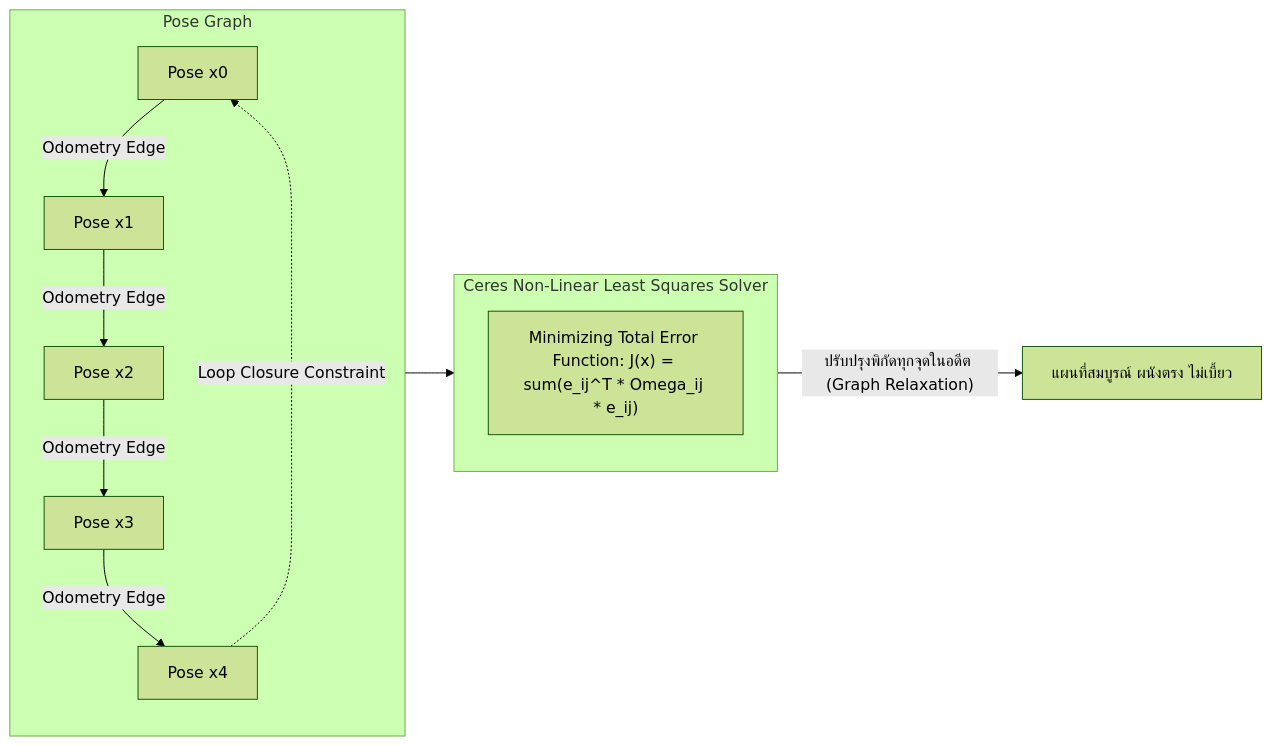
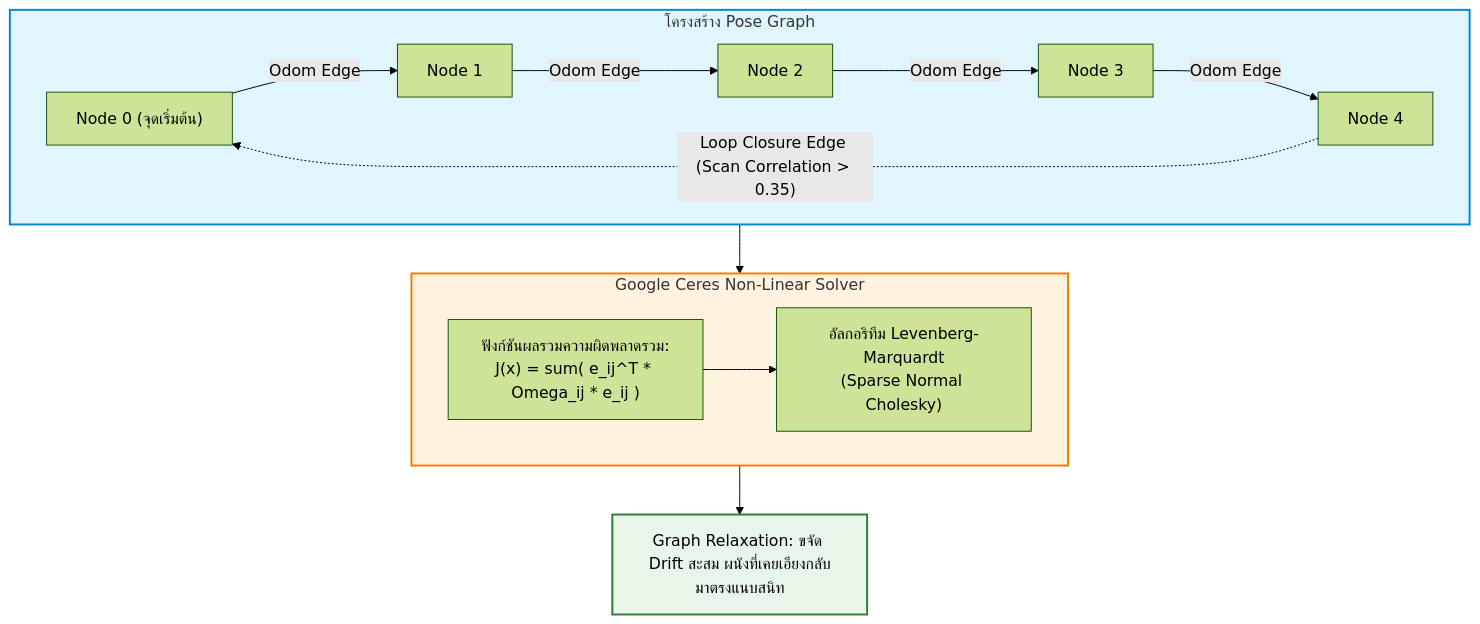
One commit to alfaXphoori/ros2 changed the second of 2 diagrams in Essential_ROS/Week_12_SLAM_Mapping_Ceres/Readme.md. Above: the diagram before and after it, drawn with Mermaid (forest theme). The commit also changed other lines of this file and 15 other files, not shown here.

````diff
--- a/Essential_ROS/Week_12_SLAM_Mapping_Ceres/Readme.md
+++ b/Essential_ROS/Week_12_SLAM_Mapping_Ceres/Readme.md
@@ -58,17 +81,23 @@
 ```mermaid
-flowchart LR
-    subgraph PoseGraph ["Pose Graph"]
-        P0["Pose x0"] -->|"Odometry Edge"| P1["Pose x1"]
-        P1 -->|"Odometry Edge"| P2["Pose x2"]
-        P2 -->|"Odometry Edge"| P3["Pose x3"]
-        P3 -->|"Odometry Edge"| P4["Pose x4"]
-        P4 -.->|"Loop Closure Constraint"| P0
+flowchart TD
+    subgraph PoseGraph ["โครงสร้าง Pose Graph"]
+        X0["Node 0 (จุดเริ่มต้น)"] -->|"Odom Edge"| X1["Node 1"]
+        X1 -->|"Odom Edge"| X2["Node 2"]
+        X2 -->|"Odom Edge"| X3["Node 3"]
+        X3 -->|"Odom Edge"| X4["Node 4"]
+        X4 -.->|"Loop Closure Edge (Scan Correlation > 0.35)"| X0
     end
 
-    subgraph Solver ["Ceres Non-Linear Least Squares Solver"]
-        CostFunc["Minimizing Total Error Function: J(x) = sum(e_ij^T * Omega_ij * e_ij)"]
+    subgraph CeresEngine ["Google Ceres Non-Linear Solver"]
+        Cost["ฟังก์ชันผลรวมความผิดพลาดรวม:<br/>J(x) = sum( e_ij^T * Omega_ij * e_ij )"]
+        LM["อัลกอริทึม Levenberg-Marquardt<br/>(Sparse Normal Cholesky)"]
+        Cost --> LM
     end
 
-    PoseGraph --> Solver
-    Solver -->|"ปรับปรุงพิกัดทุกจุดในอดีต (Graph Relaxation)"| CleanMap["แผนที่สมบูรณ์ ผนังตรง ไม่เบี้ยว"]
+    PoseGraph --> CeresEngine
+    CeresEngine --> Result["Graph Relaxation: ขจัด Drift สะสม ผนังที่เคยเอียงกลับมาตรงแนบสนิท"]
+
+    style PoseGraph fill:#e1f5fe,stroke:#0288d1,stroke-width:2px
+    style CeresEngine fill:#fff3e0,stroke:#f57c00,stroke-width:2px
+    style Result fill:#e8f5e9,stroke:#2e7d32,stroke-width:2px
 ```
````
